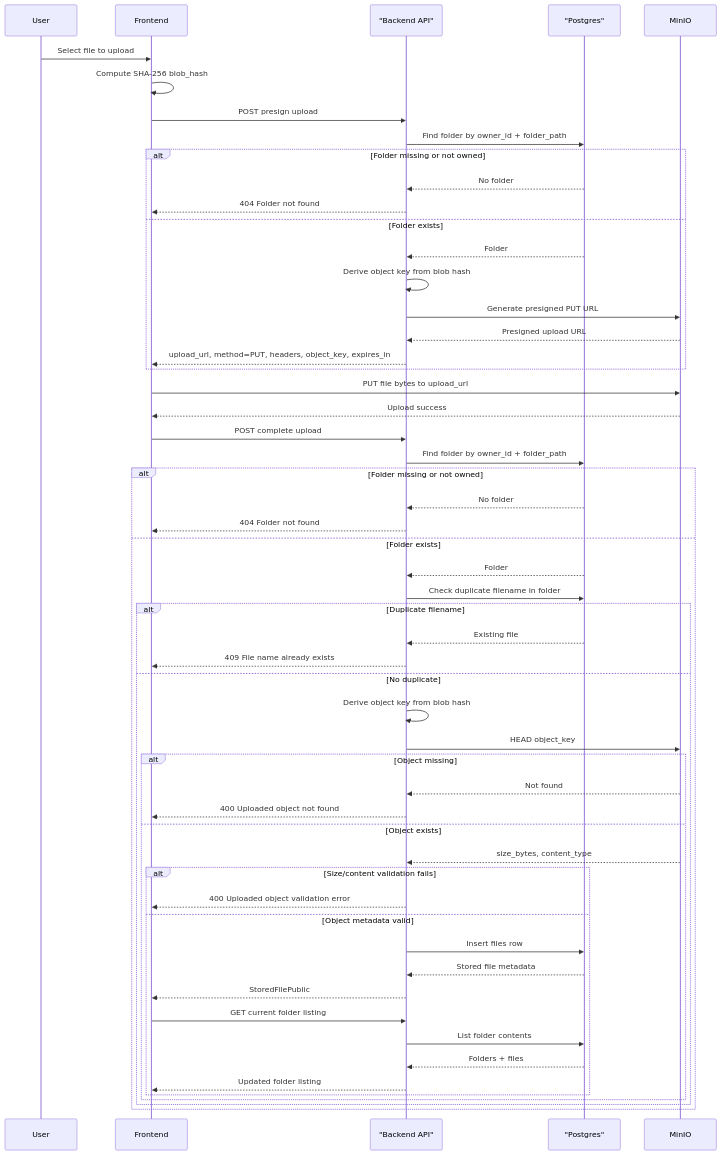
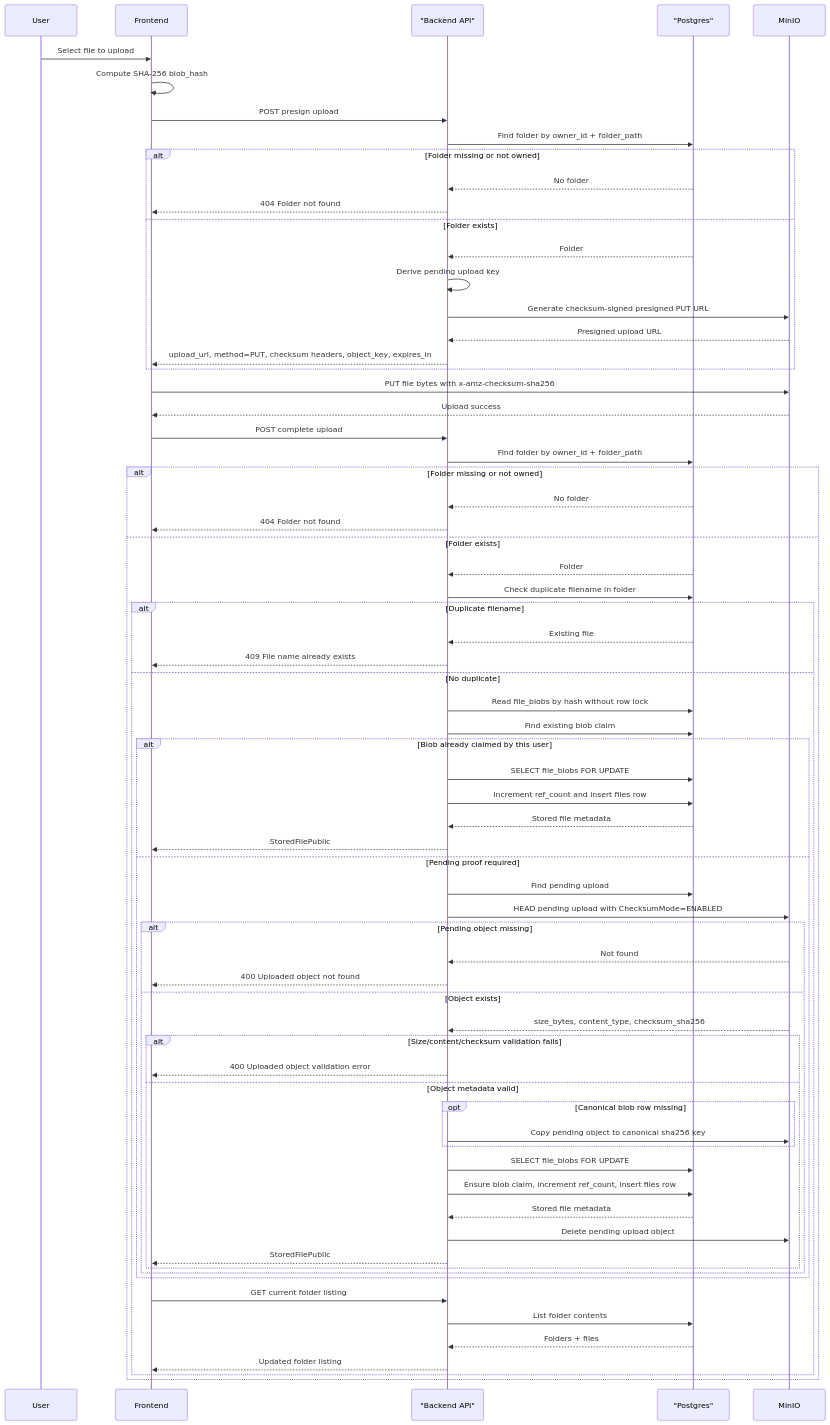
The first of 2 diagrams in docs/diagrams/file-upload-flow.md (armydep/cloud-storage), drawn with Mermaid before and after one commit. The commit also changed other lines of this file and 5 other files, not shown here.

Commit message:
Delay file blob row locks during upload completion

````diff
--- a/docs/diagrams/file-upload-flow.md
+++ b/docs/diagrams/file-upload-flow.md
@@ -5,61 +5,75 @@
 ```mermaid
 sequenceDiagram
     participant User
     participant Frontend
     participant Backend as "Backend API"
     participant DB as "Postgres"
     participant MinIO
 
     User->>Frontend: Select file to upload
     Frontend->>Frontend: Compute SHA-256 blob_hash
     Frontend->>Backend: POST presign upload
     Backend->>DB: Find folder by owner_id + folder_path
     alt Folder missing or not owned
         DB-->>Backend: No folder
         Backend-->>Frontend: 404 Folder not found
     else Folder exists
         DB-->>Backend: Folder
-        Backend->>Backend: Derive object key from blob hash
-        Backend->>MinIO: Generate presigned PUT URL
+        Backend->>Backend: Derive pending upload key
+        Backend->>MinIO: Generate checksum-signed presigned PUT URL
         MinIO-->>Backend: Presigned upload URL
-        Backend-->>Frontend: upload_url, method=PUT, headers, object_key, expires_in
+        Backend-->>Frontend: upload_url, method=PUT, checksum headers, object_key, expires_in
     end
 
-    Frontend->>MinIO: PUT file bytes to upload_url
+    Frontend->>MinIO: PUT file bytes with x-amz-checksum-sha256
     MinIO-->>Frontend: Upload success
 
     Frontend->>Backend: POST complete upload
 
     Backend->>DB: Find folder by owner_id + folder_path
     alt Folder missing or not owned
         DB-->>Backend: No folder
         Backend-->>Frontend: 404 Folder not found
     else Folder exists
         DB-->>Backend: Folder
         Backend->>DB: Check duplicate filename in folder
         alt Duplicate filename
             DB-->>Backend: Existing file
             Backend-->>Frontend: 409 File name already exists
         else No duplicate
-            Backend->>Backend: Derive object key from blob hash
-            Backend->>MinIO: HEAD object_key
-            alt Object missing
-                MinIO-->>Backend: Not found
-                Backend-->>Frontend: 400 Uploaded object not found
-            else Object exists
-                MinIO-->>Backend: size_bytes, content_type
-                alt Size/content validation fails
-                    Backend-->>Frontend: 400 Uploaded object validation error
-                else Object metadata valid
-                    Backend->>DB: Insert files row
-                    DB-->>Backend: Stored file metadata
-                    Backend-->>Frontend: StoredFilePublic
-                    Frontend->>Backend: GET current folder listing
-                    Backend->>DB: List folder contents
-                    DB-->>Backend: Folders + files
-                    Backend-->>Frontend: Updated folder listing
+            Backend->>DB: Read file_blobs by hash without row lock
+            Backend->>DB: Find existing blob claim
+            alt Blob already claimed by this user
+                Backend->>DB: SELECT file_blobs FOR UPDATE
+                Backend->>DB: Increment ref_count and insert files row
+                DB-->>Backend: Stored file metadata
+                Backend-->>Frontend: StoredFilePublic
+            else Pending proof required
+                Backend->>DB: Find pending upload
+                Backend->>MinIO: HEAD pending upload with ChecksumMode=ENABLED
+                alt Pending object missing
+                    MinIO-->>Backend: Not found
+                    Backend-->>Frontend: 400 Uploaded object not found
+                else Object exists
+                    MinIO-->>Backend: size_bytes, content_type, checksum_sha256
+                    alt Size/content/checksum validation fails
+                        Backend-->>Frontend: 400 Uploaded object validation error
+                    else Object metadata valid
+                        opt Canonical blob row missing
+                            Backend->>MinIO: Copy pending object to canonical sha256 key
+                        end
+                        Backend->>DB: SELECT file_blobs FOR UPDATE
+                        Backend->>DB: Ensure blob claim, increment ref_count, insert files row
+                        DB-->>Backend: Stored file metadata
+                        Backend->>MinIO: Delete pending upload object
+                        Backend-->>Frontend: StoredFilePublic
+                    end
                 end
             end
+            Frontend->>Backend: GET current folder listing
+            Backend->>DB: List folder contents
+            DB-->>Backend: Folders + files
+            Backend-->>Frontend: Updated folder listing
         end
     end
 ```
````
